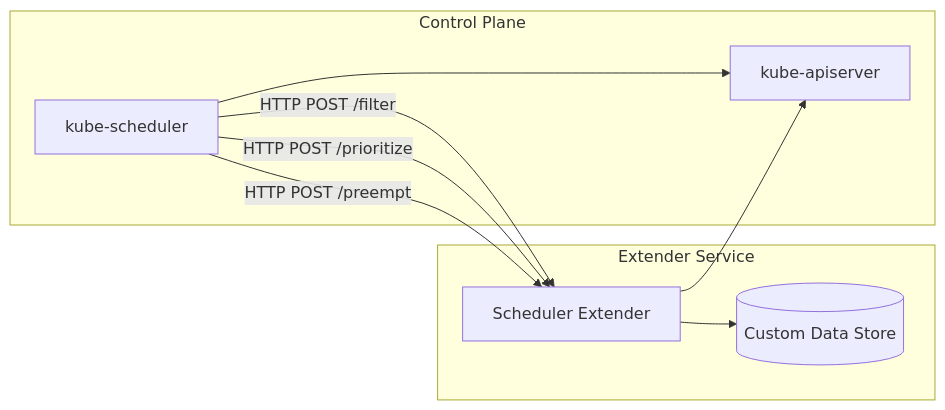
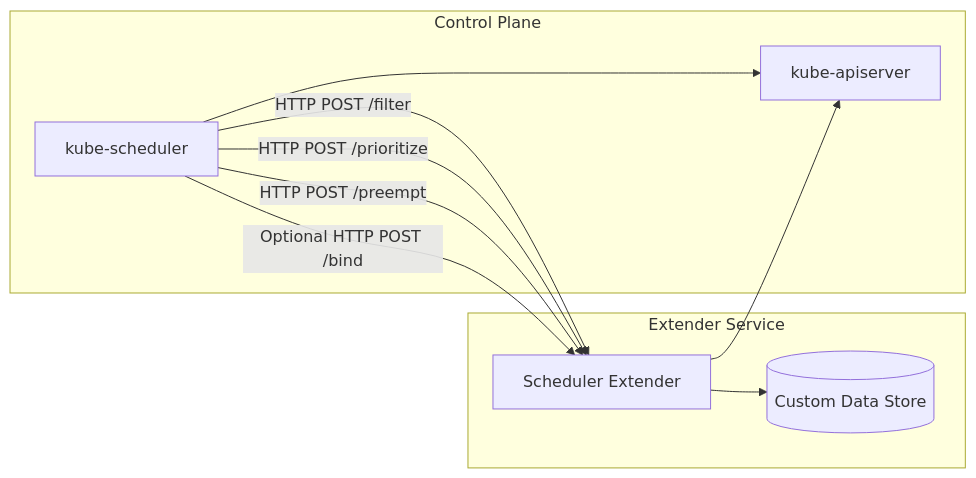
One commit to OneUptime/blog changed the second of 3 diagrams in posts/2026-01-30-kubernetes-scheduler-extenders/README.md. Above: the diagram before and after it, drawn with Mermaid. The commit also changed other lines of this file and 2 other files, not shown here.

````diff
--- a/posts/2026-01-30-kubernetes-scheduler-extenders/README.md
+++ b/posts/2026-01-30-kubernetes-scheduler-extenders/README.md
@@ -40,19 +41,20 @@
 ```mermaid
 flowchart LR
     subgraph Control Plane
         KS[kube-scheduler]
         API[kube-apiserver]
     end
 
     subgraph Extender Service
         EXT[Scheduler Extender]
         DB[(Custom Data Store)]
     end
 
     KS -->|HTTP POST /filter| EXT
     KS -->|HTTP POST /prioritize| EXT
     KS -->|HTTP POST /preempt| EXT
+    KS -->|Optional HTTP POST /bind| EXT
     EXT --> DB
     KS --> API
     EXT --> API
 ```
````
